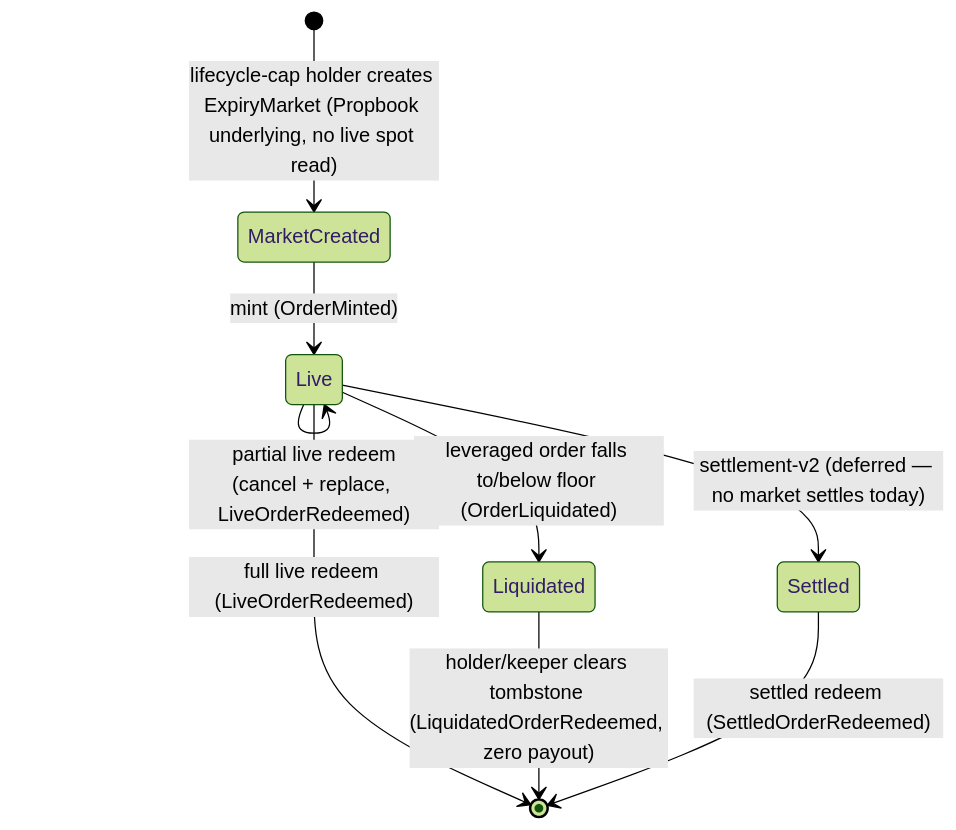
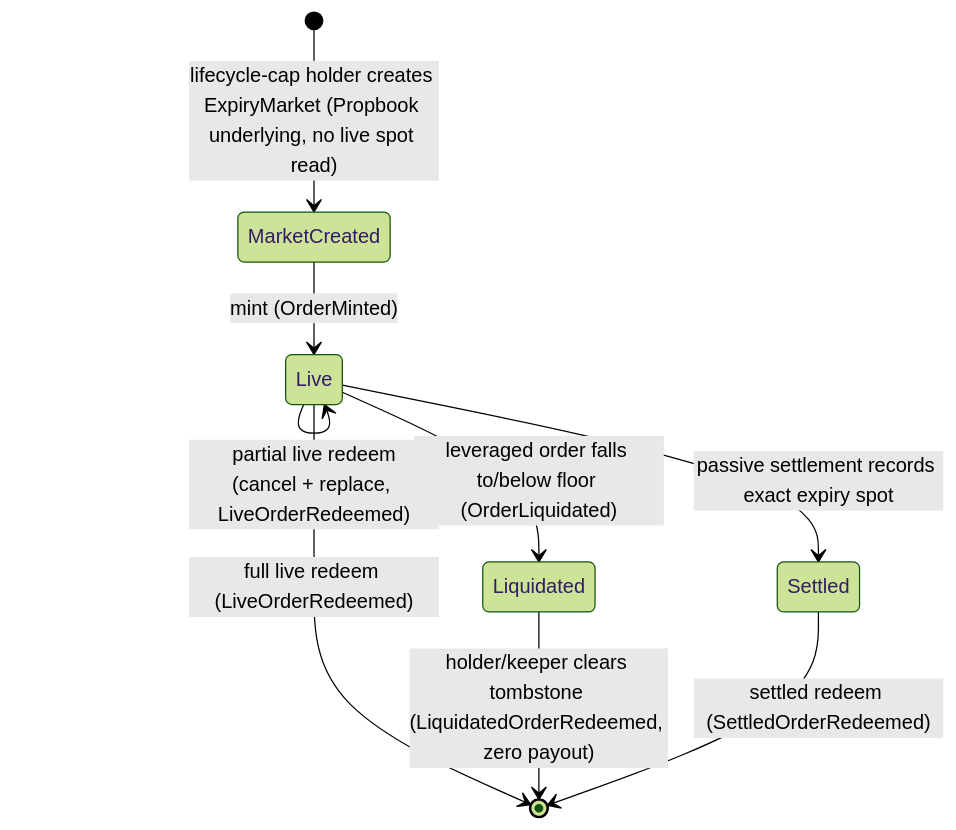
The diagram in packages/predict/docs/overview.md (MystenLabs/deepbookv3), drawn with Mermaid (forest theme) before and after one commit. The commit also changed other lines of this file and 23 other files, not shown here.

Commit message:
Implement passive Predict settlement

````diff
--- a/packages/predict/docs/overview.md
+++ b/packages/predict/docs/overview.md
@@ -50,11 +50,11 @@
 ```mermaid
 stateDiagram-v2
   [*] --> MarketCreated: lifecycle-cap holder creates ExpiryMarket (Propbook underlying, no live spot read)
   MarketCreated --> Live: mint (OrderMinted)
   Live --> Live: partial live redeem<br/>(cancel + replace, LiveOrderRedeemed)
   Live --> [*]: full live redeem (LiveOrderRedeemed)
   Live --> Liquidated: leveraged order falls to/below floor (OrderLiquidated)
   Liquidated --> [*]: holder/keeper clears tombstone (LiquidatedOrderRedeemed, zero payout)
-  Live --> Settled: settlement-v2 (deferred — no market settles today)
+  Live --> Settled: passive settlement records exact expiry spot
   Settled --> [*]: settled redeem (SettledOrderRedeemed)
 ```
````
